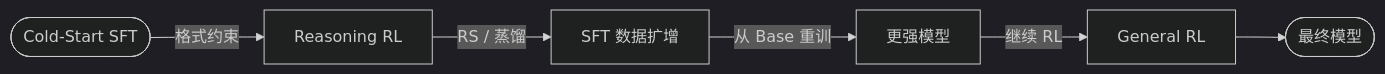
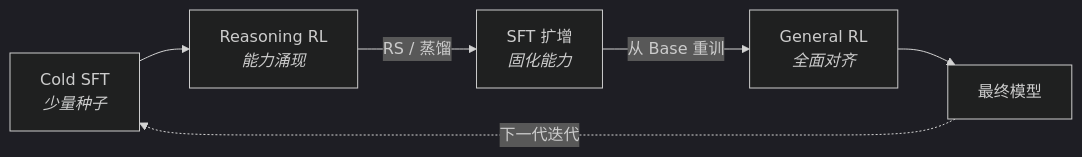
The second of 2 diagrams in docs/post-training/ch2/2.9-data-engineering.md (XavierZhang2002/agentic-rl-analysis), drawn with Mermaid (dark theme) before and after one commit. The commit also changed other lines of this file and 1 other file, not shown here.

````diff
--- a/docs/post-training/ch2/2.9-data-engineering.md
+++ b/docs/post-training/ch2/2.9-data-engineering.md
@@ -323,8 +377,8 @@
 ```mermaid
 flowchart LR
-    CS(["Cold-Start SFT"]) -->|"格式约束"| RL1["Reasoning RL"]
-    RL1 -->|"RS / 蒸馏"| SFT2["SFT 数据扩增"]
-    SFT2 -->|"从 Base 重训"| Model2["更强模型"]
-    Model2 -->|"继续 RL"| RL2["General RL"]
-    RL2 --> Final([最终模型])
+    CS["Cold SFT<br/><i>少量种子</i>"] --> RL1["Reasoning RL<br/><i>能力涌现</i>"]
+    RL1 -->|"RS / 蒸馏"| SFT2["SFT 扩增<br/><i>固化能力</i>"]
+    SFT2 -->|"从 Base 重训"| RL2["General RL<br/><i>全面对齐</i>"]
+    RL2 --> MODEL["最终模型"]
+    MODEL -.->|"下一代迭代"| CS
 ```
````
